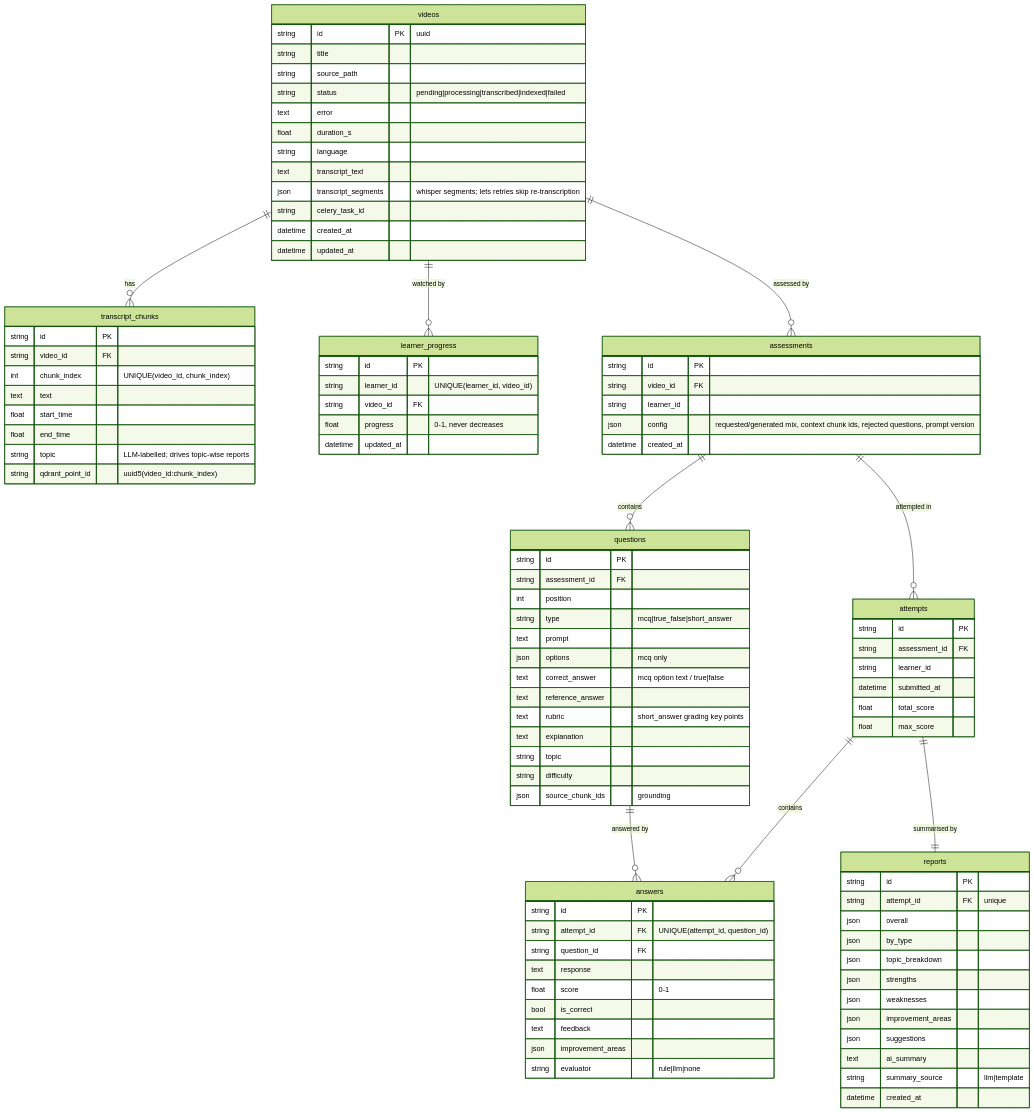
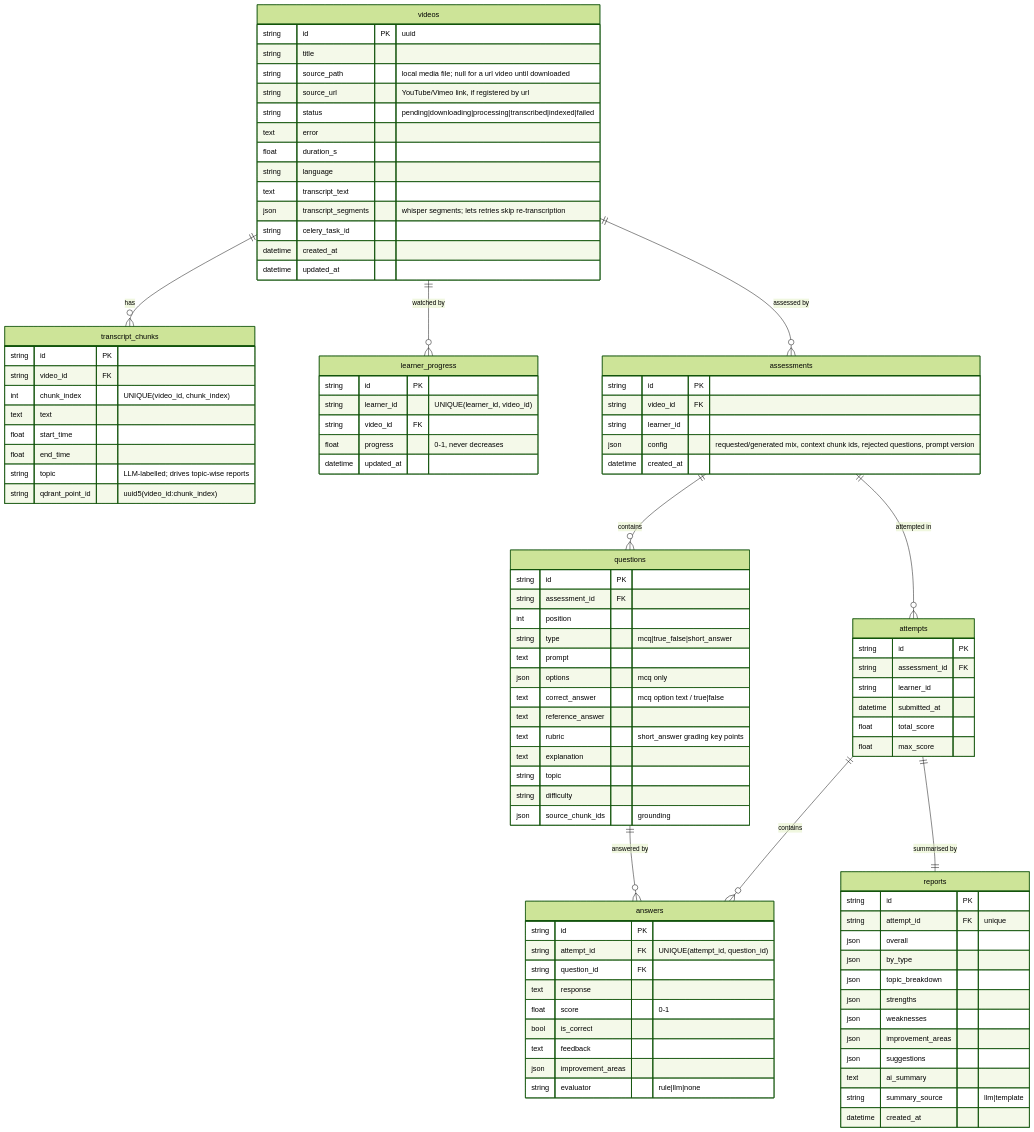
The diagram in docs/database.md (avi-gajera/ai-lms-backend), drawn with Mermaid (forest theme) before and after one commit. The commit also changed 20 other files, not shown here.

Commit message:
Add video link input

```diff
--- a/docs/database.md
+++ b/docs/database.md
@@ -17,8 +17,9 @@
     videos {
         string id PK "uuid"
         string title
-        string source_path
-        string status "pending|processing|transcribed|indexed|failed"
+        string source_path "local media file; null for a url video until downloaded"
+        string source_url "YouTube/Vimeo link, if registered by url"
+        string status "pending|downloading|processing|transcribed|indexed|failed"
         text error
         float duration_s
         string language
```
